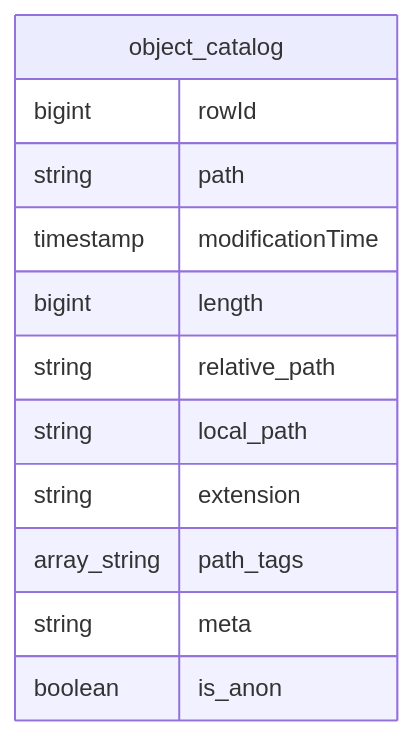
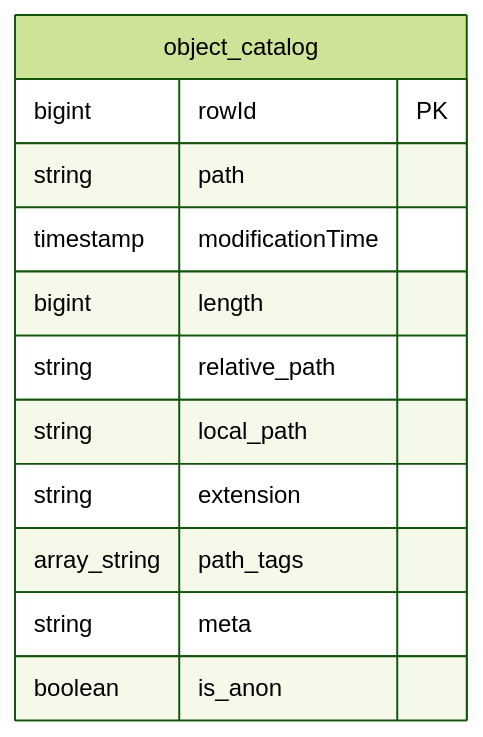
One commit to databricks-industry-solutions/pixels changed the third of 3 diagrams in README.md. Above: the diagram before and after it, drawn with Mermaid. The commit also changed other lines of this file, not shown here.

````diff
--- a/README.md
+++ b/README.md
@@ -105,16 +110,17 @@
 ```mermaid
+%%{init: { 'logLevel': 'debug', 'theme': 'forest' } }%%
 erDiagram
     object_catalog
     object_catalog {
-      bigint	rowId
+      bigint	rowId PK
       string	path
       timestamp	modificationTime
       bigint	length
       string	relative_path
       string	local_path
       string	extension
       array_string	path_tags
       string	meta
       boolean	is_anon
     }
 ```
````
